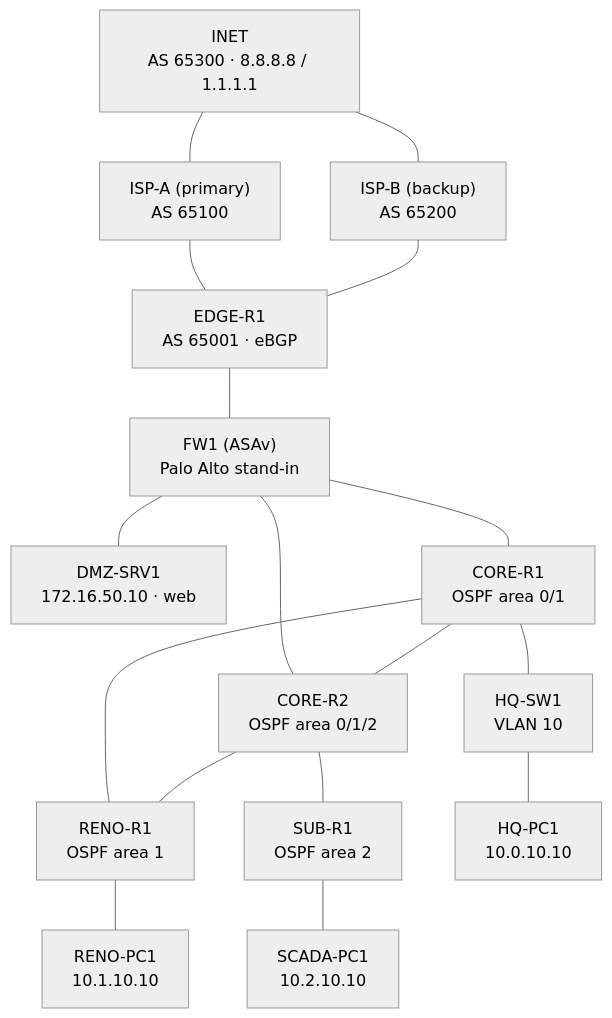
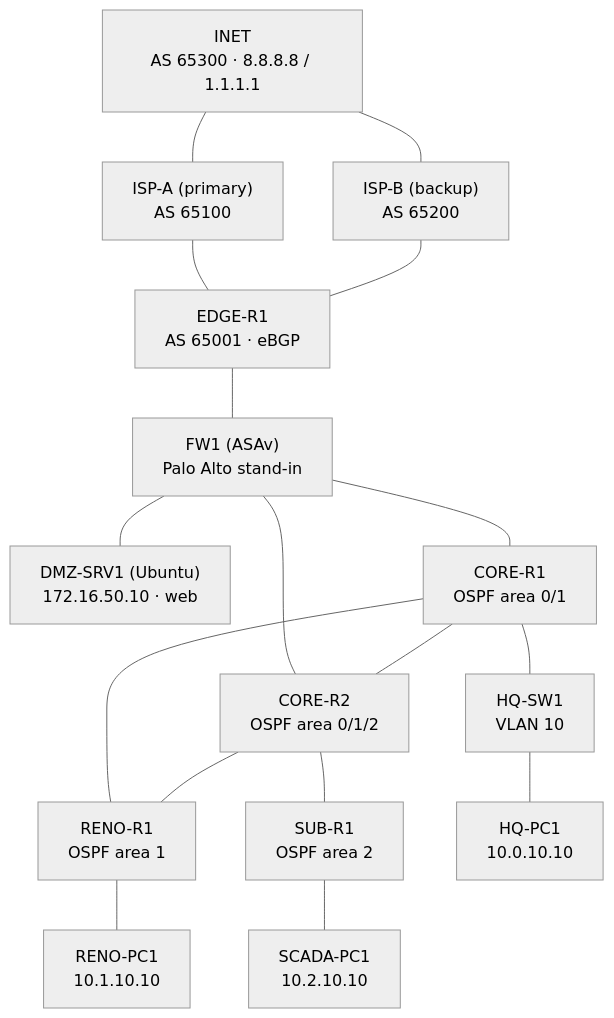
One commit to poselvy-ai/Network-Labs changed the diagram in 02_IPL_NOC_Lab/README.md. Above: the diagram before and after it, drawn with Mermaid (neutral theme). The commit also changed other lines of this file and 8 other files, not shown here.

First line of the commit message:
C-20261116002: replace DMZ-SRV1 with Ubuntu web server (TICKET-002)

````diff
--- a/02_IPL_NOC_Lab/README.md
+++ b/02_IPL_NOC_Lab/README.md
@@ -23,33 +23,33 @@
 ```mermaid
 graph TD
   INET["INET<br/>AS 65300 · 8.8.8.8 / 1.1.1.1"]
   ISPA["ISP-A (primary)<br/>AS 65100"]
   ISPB["ISP-B (backup)<br/>AS 65200"]
   EDGE["EDGE-R1<br/>AS 65001 · eBGP"]
   FW["FW1 (ASAv)<br/>Palo Alto stand-in"]
-  DMZ["DMZ-SRV1<br/>172.16.50.10 · web"]
+  DMZ["DMZ-SRV1 (Ubuntu)<br/>172.16.50.10 · web"]
   C1["CORE-R1<br/>OSPF area 0/1"]
   C2["CORE-R2<br/>OSPF area 0/1/2"]
   SW["HQ-SW1<br/>VLAN 10"]
   RENO["RENO-R1<br/>OSPF area 1"]
   SUB["SUB-R1<br/>OSPF area 2"]
   PC1["HQ-PC1<br/>10.0.10.10"]
   PC2["RENO-PC1<br/>10.1.10.10"]
   PC3["SCADA-PC1<br/>10.2.10.10"]
   INET --- ISPA
   INET --- ISPB
   ISPA --- EDGE
   ISPB --- EDGE
   EDGE --- FW
   FW --- DMZ
   FW --- C1
   FW --- C2
   C1 --- C2
   C1 --- SW
   C1 --- RENO
   C2 --- RENO
   C2 --- SUB
   SW --- PC1
   RENO --- PC2
   SUB --- PC3
 ```
````
